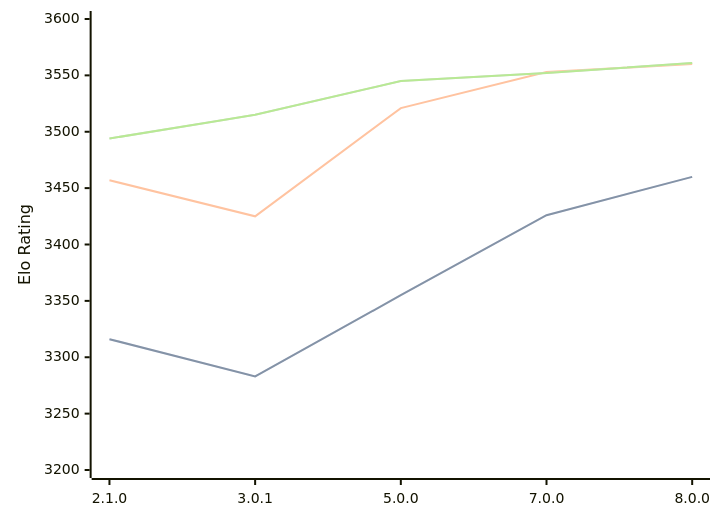
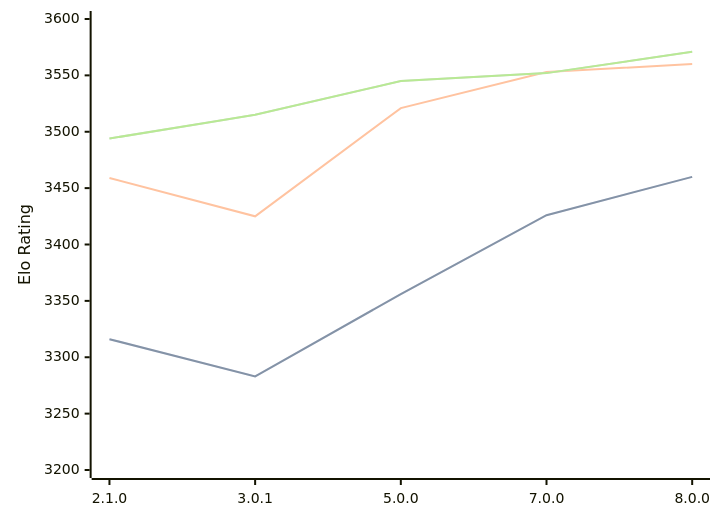
The diagram in engines/PlentyChess.md (computer-chess-index/cci), drawn with Mermaid before and after one commit. The commit also changed other lines of this file, not shown here.

Commit message:
Update CCI Ratings (ELO VLTC) - 2026-07-30

````diff
--- a/engines/PlentyChess.md
+++ b/engines/PlentyChess.md
@@ -46,11 +46,11 @@
 ```mermaid
 %%{init: {"theme":"base","themeVariables":{"seriesColors:['#a3a3a3','#222221','#faa371']}}}%%
 xychart-beta
   x-axis ["2.1.0", "3.0.1", "5.0.0", "7.0.0", "8.0.0"]
   y-axis "Elo Rating" 3200 --> 3600
-  line "STC (8.0+0.08s)" [3316, 3283, 3355, 3426, 3460]
-  line "STC (8.0+0.08s)" [3316, 3283, 3355, 3426, 3460]
-  line "LTC (60.0+0.60s)" [3457, 3425, 3521, 3553, 3560]
-  line "VLTC (2m24s+1.12s)" [3494, 3515, 3545, 3552, 3561]
-  line "VLTC (2m24s+1.12s)" [3494, 3515, 3545, 3552, 3561]
+  line "STC (8.0+0.08s)" [3316, 3283, 3356, 3426, 3460]
+  line "STC (8.0+0.08s)" [3316, 3283, 3356, 3426, 3460]
+  line "LTC (60.0+0.60s)" [3459, 3425, 3521, 3553, 3560]
+  line "VLTC (2m24s+1.12s)" [3494, 3515, 3545, 3552, 3571]
+  line "VLTC (2m24s+1.12s)" [3494, 3515, 3545, 3552, 3571]
 ```
````
